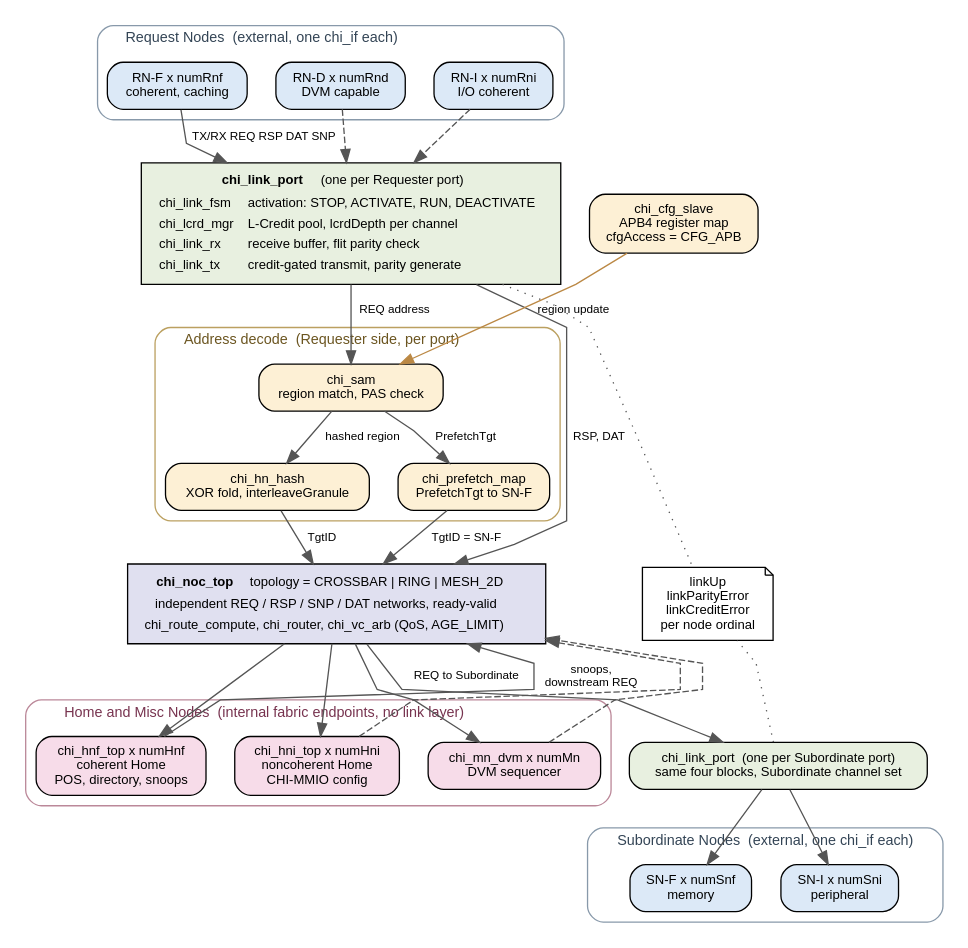
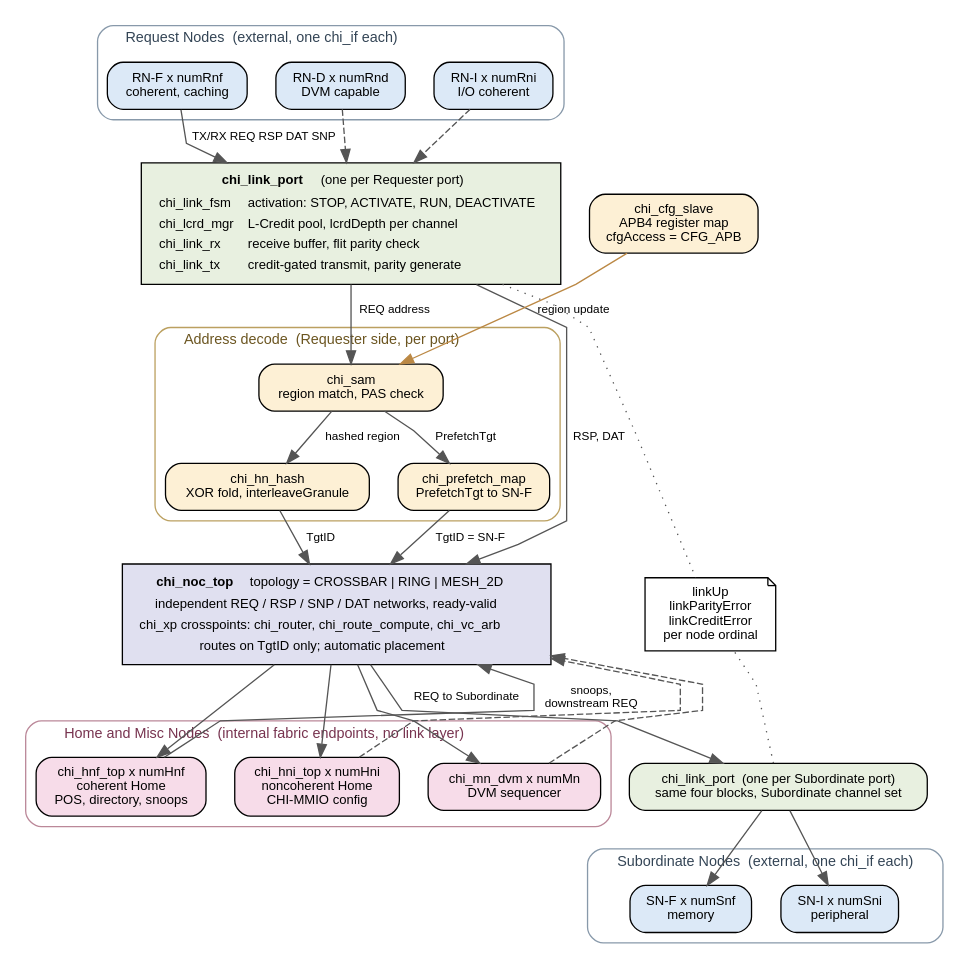
The diagram in doc-src/figures/chi_architecture.dot (Swasthikkamath/chi_rtl), drawn with Graphviz before and after one commit. The commit also changed 25 other files, not shown here.

```diff
--- a/doc-src/figures/chi_architecture.dot
+++ b/doc-src/figures/chi_architecture.dot
@@ -1,103 +1,104 @@
 // Top-level architecture of the configurable CHI interconnect.
 // Rendered by the doc target; see Makefile.
 //
 // The vertical axis is the request path: a Requester's REQ flit enters a link
 // layer, is decoded to a TgtID, crosses the selected network, is serialized by
 // a Home Node, and leaves through a second link layer to a Subordinate.
 digraph chiArchitecture {
   rankdir=TB;
   splines=polyline;
   nodesep=0.30;
   ranksep=0.40;
   bgcolor="white";
   compound=true;
   node [shape=box, style="rounded,filled", fillcolor="#f5f5f5",
         fontname="Helvetica", fontsize=10, margin="0.14,0.08"];
   edge [fontname="Helvetica", fontsize=9, color="#555555"];
   graph [fontname="Helvetica", fontsize=11, labeljust="l"];
 
   subgraph cluster_req {
     label="Request Nodes  (external, one chi_if each)";
     style="rounded"; color="#8899aa"; fontcolor="#334455";
     rnf [label="RN-F x numRnf\ncoherent, caching", fillcolor="#dce9f7"];
     rnd [label="RN-D x numRnd\nDVM capable", fillcolor="#dce9f7"];
     rni [label="RN-I x numRni\nI/O coherent", fillcolor="#dce9f7"];
   }
 
   reqlink [fillcolor="#e8f0e0", shape=box, style="filled",
     label=<<table border="0" cellborder="0" cellspacing="1">
       <tr><td colspan="2" align="center"><b>chi_link_port</b>  (one per Requester port)</td></tr>
       <tr><td align="left">chi_link_fsm</td><td align="left">activation: STOP, ACTIVATE, RUN, DEACTIVATE</td></tr>
       <tr><td align="left">chi_lcrd_mgr</td><td align="left">L-Credit pool, lcrdDepth per channel</td></tr>
       <tr><td align="left">chi_link_rx</td><td align="left">receive buffer, flit parity check</td></tr>
       <tr><td align="left">chi_link_tx</td><td align="left">credit-gated transmit, parity generate</td></tr>
     </table>>];
 
   subgraph cluster_sam {
     label="Address decode  (Requester side, per port)";
     style="rounded"; color="#bba060"; fontcolor="#6b5520";
     sam   [label="chi_sam\nregion match, PAS check", fillcolor="#fdf0d5"];
     hash  [label="chi_hn_hash\nXOR fold, interleaveGranule", fillcolor="#fdf0d5"];
     pfmap [label="chi_prefetch_map\nPrefetchTgt to SN-F", fillcolor="#fdf0d5"];
   }
 
   noc [fillcolor="#e0e0f0", style="filled",
     label=<<table border="0" cellborder="0" cellspacing="1">
       <tr><td><b>chi_noc_top</b>   topology = CROSSBAR | RING | MESH_2D</td></tr>
       <tr><td>independent REQ / RSP / SNP / DAT networks, ready-valid</td></tr>
-      <tr><td>chi_route_compute, chi_router, chi_vc_arb (QoS, AGE_LIMIT)</td></tr>
+      <tr><td>chi_xp crosspoints: chi_router, chi_route_compute, chi_vc_arb</td></tr>
+      <tr><td>routes on TgtID only; automatic placement</td></tr>
     </table>>];
 
   subgraph cluster_home {
     label="Home and Misc Nodes  (internal fabric endpoints, no link layer)";
     style="rounded"; color="#bb8899"; fontcolor="#77334f";
     hnf [label="chi_hnf_top x numHnf\ncoherent Home\nPOS, directory, snoops", fillcolor="#f7dce9"];
     hni [label="chi_hni_top x numHni\nnoncoherent Home\nCHI-MMIO config", fillcolor="#f7dce9"];
     mn  [label="chi_mn_dvm x numMn\nDVM sequencer", fillcolor="#f7dce9"];
   }
 
   sublink [label="chi_link_port  (one per Subordinate port)\nsame four blocks, Subordinate channel set",
     fillcolor="#e8f0e0"];
 
   subgraph cluster_sub {
     label="Subordinate Nodes  (external, one chi_if each)";
     style="rounded"; color="#8899aa"; fontcolor="#334455";
     snf [label="SN-F x numSnf\nmemory", fillcolor="#dce9f7"];
     sni [label="SN-I x numSni\nperipheral", fillcolor="#dce9f7"];
   }
 
   // Side annotations. constraint=false keeps them off the main request path.
   cfg [label="chi_cfg_slave\nAPB4 register map\ncfgAccess = CFG_APB", fillcolor="#fdf0d5"];
   status [label="linkUp\nlinkParityError\nlinkCreditError\nper node ordinal",
     shape=note, fillcolor="#ffffff"];
 
   rnf -> reqlink [label="  TX/RX REQ RSP DAT SNP"];
   rnd -> reqlink [style=dashed];
   rni -> reqlink [style=dashed];
 
   reqlink -> sam [label="  REQ address"];
   sam -> hash  [label="  hashed region"];
   sam -> pfmap [label="  PrefetchTgt"];
 
   hash  -> noc [label="  TgtID"];
   pfmap -> noc [label="  TgtID = SN-F"];
   reqlink -> noc [label="  RSP, DAT", constraint=false];
 
   noc -> hnf;
   noc -> hni;
   noc -> mn;
   hnf -> noc [label="  snoops,\n  downstream REQ", constraint=false];
   hni -> noc [style=dashed, constraint=false];
   mn  -> noc [style=dashed, constraint=false];
 
   noc -> sublink [label="  REQ to Subordinate"];
   sublink -> snf;
   sublink -> sni;
 
   cfg -> sam [label="  region update", constraint=false, color="#bb8844"];
   reqlink -> status [style=dotted, arrowhead=none, constraint=false];
   sublink -> status [style=dotted, arrowhead=none, constraint=false];
 
   { rank=same; reqlink; cfg; }
   { rank=same; noc; status; }
 }
```
